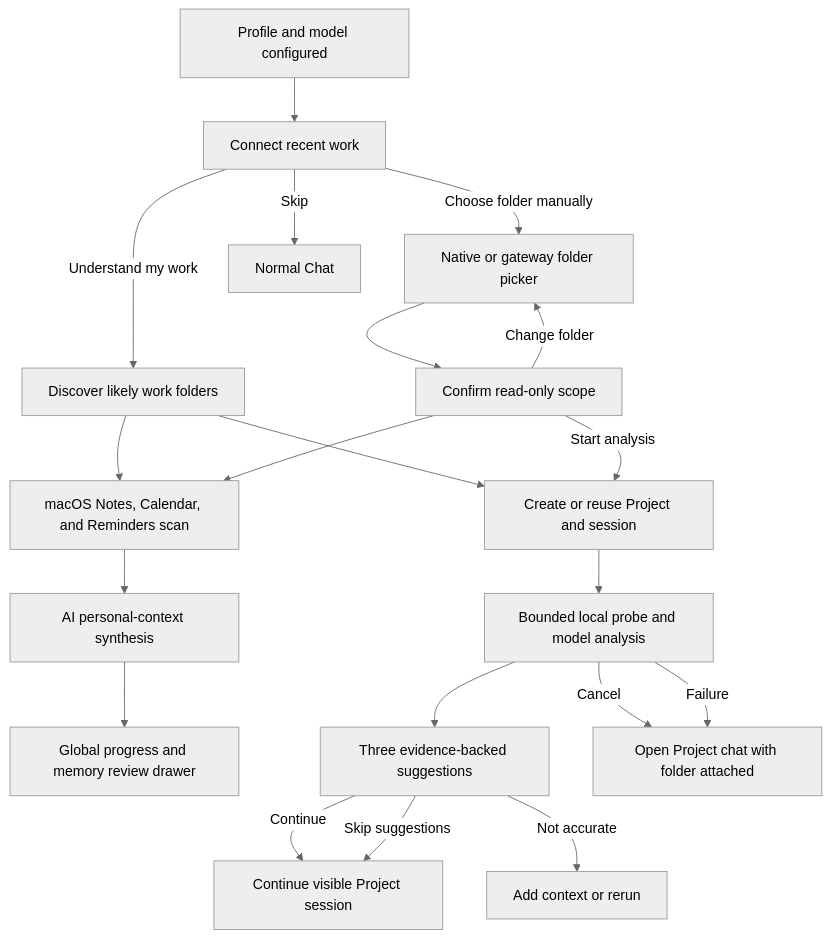
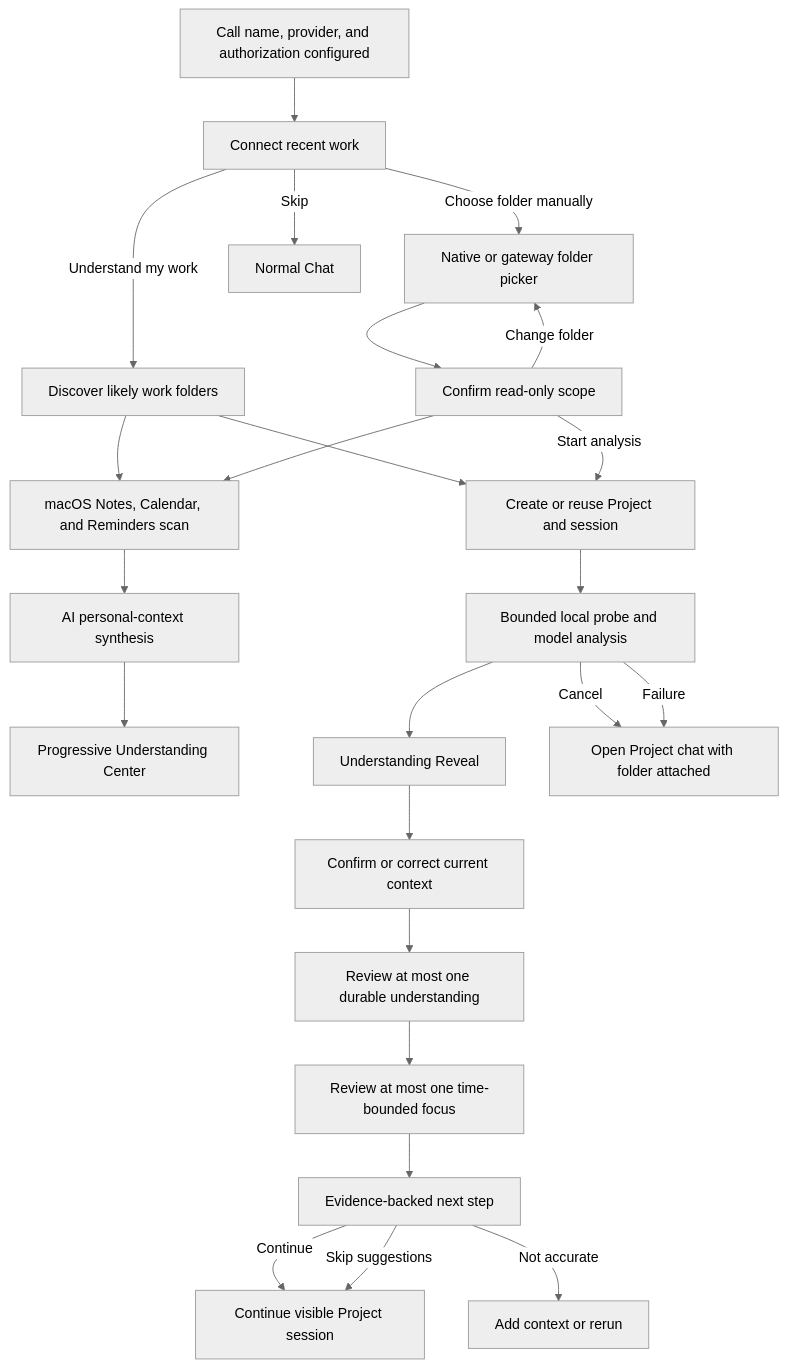
Before and after one commit to xopcai/xopc: the diagram in docs/design/work-discovery-onboarding.md, drawn with Mermaid (neutral theme). The commit also changed other lines of this file and 16 other files, not shown here.

Commit message:
refine onboarding and user understanding flow

````diff
--- a/docs/design/work-discovery-onboarding.md
+++ b/docs/design/work-discovery-onboarding.md
@@ -142,22 +143,26 @@
 ```mermaid
 flowchart TD
-  Config[Profile and model configured] --> Intro[Connect recent work]
+  Config[Call name, provider, and authorization configured] --> Intro[Connect recent work]
   Intro -->|Understand my work| Discover[Discover likely work folders]
   Intro -->|Choose folder manually| Pick[Native or gateway folder picker]
   Discover --> Create[Create or reuse Project and session]
   Discover --> Native[macOS Notes, Calendar, and Reminders scan]
   Intro -->|Skip| Chat[Normal Chat]
   Pick --> Confirm[Confirm read-only scope]
   Confirm -->|Start analysis| Create[Create or reuse Project and session]
   Confirm --> Native
   Confirm -->|Change folder| Pick
   Create --> Analyze[Bounded local probe and model analysis]
   Native --> Context[AI personal-context synthesis]
-  Context --> Drawer[Global progress and memory review drawer]
-  Analyze --> Results[Three evidence-backed suggestions]
+  Context --> Center[Progressive Understanding Center]
+  Analyze --> Reveal[Understanding Reveal]
+  Reveal --> Summary[Confirm or correct current context]
+  Summary --> Memory[Review at most one durable understanding]
+  Memory --> Focus[Review at most one time-bounded focus]
+  Focus --> Results[Evidence-backed next step]
   Analyze -->|Cancel| Partial[Open Project chat with folder attached]
   Analyze -->|Failure| Partial
   Results -->|Continue| Session[Continue visible Project session]
   Results -->|Not accurate| Clarify[Add context or rerun]
   Results -->|Skip suggestions| Session
 ```
````
